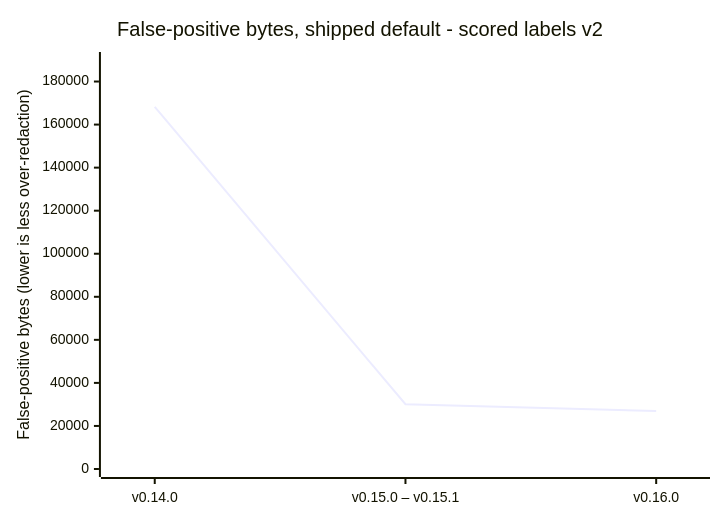
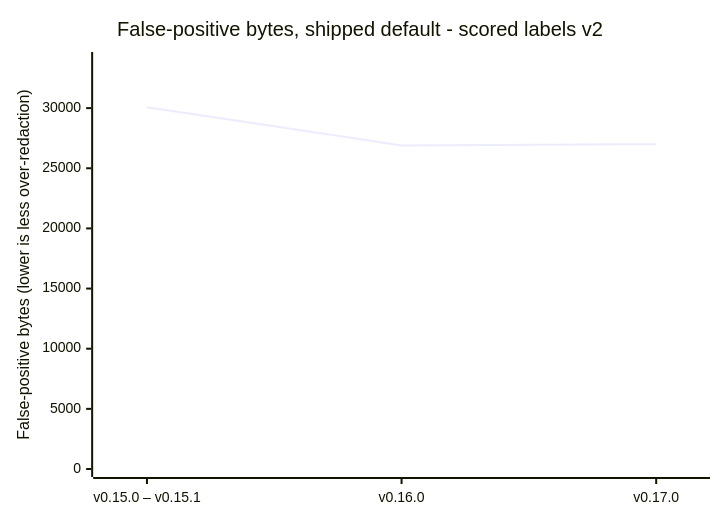
The ninth of 12 diagrams in docs/reference/benchmarks/README.md (CertaMesh/gaze), drawn with Mermaid before and after one commit. The commit also changed other lines of this file and 26 other files, not shown here.

````diff
--- a/docs/reference/benchmarks/README.md
+++ b/docs/reference/benchmarks/README.md
@@ -575,7 +662,7 @@
 ```mermaid
 xychart-beta
     title "False-positive bytes, shipped default - scored labels v2"
-    x-axis ["v0.14.0", "v0.15.0 – v0.15.1", "v0.16.0"]
-    y-axis "False-positive bytes (lower is less over-redaction)" 0 --> 190000
-    line [168259, 30073, 26902]
+    x-axis ["v0.15.0 – v0.15.1", "v0.16.0", "v0.17.0"]
+    y-axis "False-positive bytes (lower is less over-redaction)" 0 --> 34000
+    line [30073, 26902, 27004]
 ```
````
